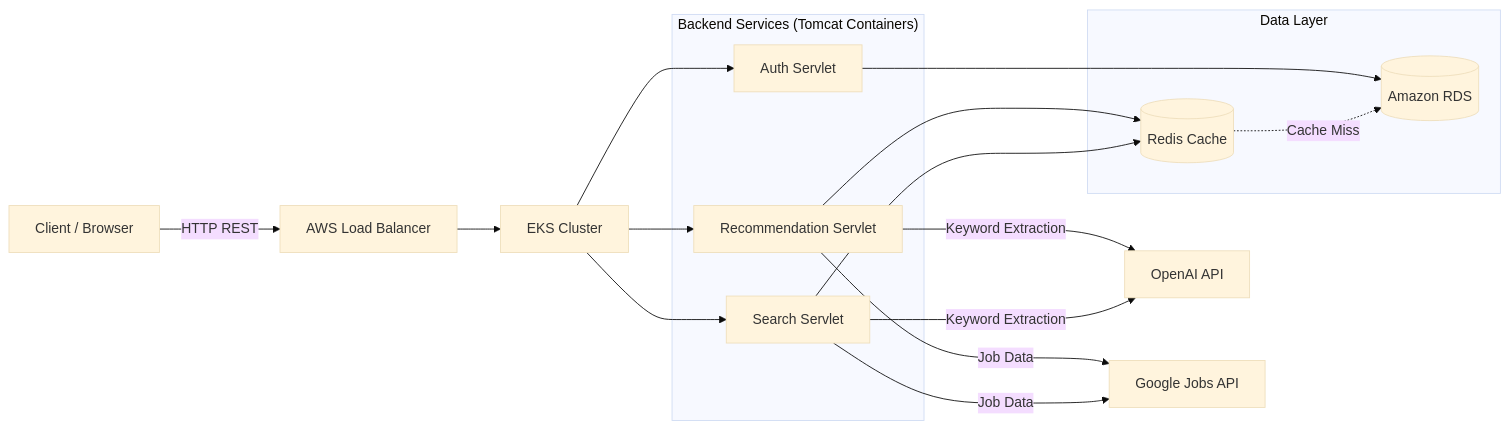
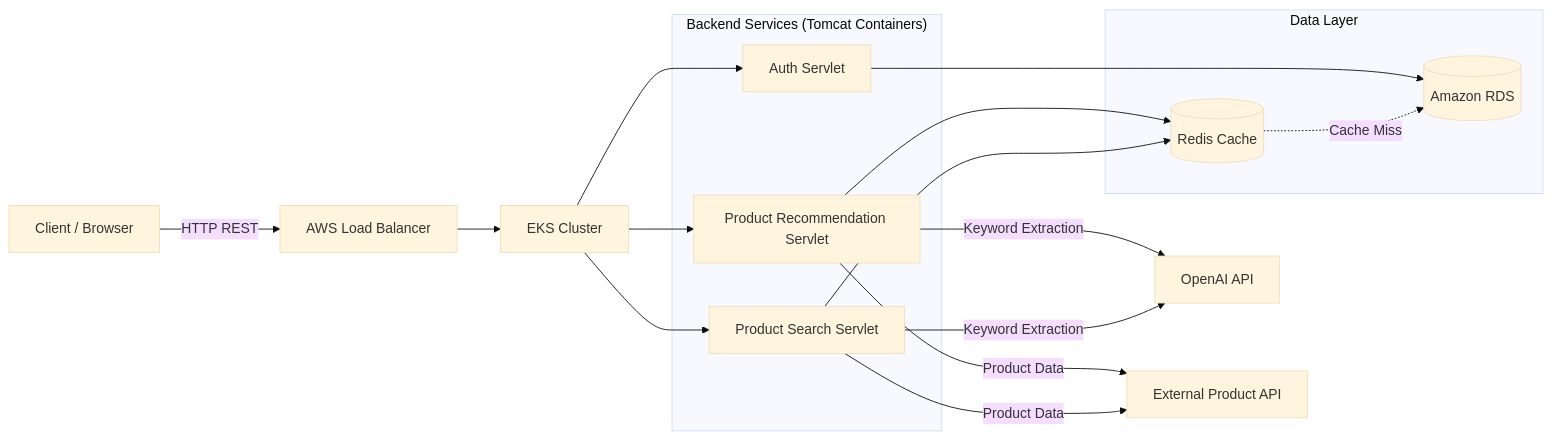
The diagram in README.md (yingzhuchen/Personalized-Software-Services-Sales-Recommendation-System-), drawn with Mermaid (base theme) before and after one commit. The commit also changed other lines of this file, not shown here.

Commit message:
Revise architecture overview and cleanup README
Updated architecture diagram and removed local installation instructions.

````diff
--- a/README.md
+++ b/README.md
@@ -23,25 +23,25 @@
 ```mermaid
 graph LR
-    Client[Client / Browser] -- HTTP REST --> ALB[AWS Load Balancer]
-    ALB --> EKS[EKS Cluster]
-    
-    subgraph "Backend Services (Tomcat Containers)"
-        Servlet1[Auth Servlet]
-        Servlet2[Recommendation Servlet]
-        Servlet3[Search Servlet]
-    end
-    
-    EKS --> Servlet1 & Servlet2 & Servlet3
-    
-    Servlet2 & Servlet3 -- Keyword Extraction --> OpenAI[OpenAI API]
-    Servlet2 & Servlet3 -- Job Data --> GJobs[Google Jobs API]
-    
-    subgraph "Data Layer"
-        Redis[(Redis Cache)]
-        MySQL[(Amazon RDS)]
-    end
-    
-    Servlet1 --> MySQL
-    Servlet2 & Servlet3 --> Redis
-    Redis -. Cache Miss .-> MySQL
+    Client[Client / Browser] -- HTTP REST --> ALB[AWS Load Balancer]
+    ALB --> EKS[EKS Cluster]
+    
+    subgraph "Backend Services (Tomcat Containers)"
+        Servlet1[Auth Servlet]
+        Servlet2[Product Recommendation Servlet]
+        Servlet3[Product Search Servlet]
+    end
+    
+    EKS --> Servlet1 & Servlet2 & Servlet3
+    
+    Servlet2 & Servlet3 -- Keyword Extraction --> OpenAI[OpenAI API]
+    Servlet2 & Servlet3 -- Product Data --> ExtAPI[External Product API]
+    
+    subgraph "Data Layer"
+        Redis[(Redis Cache)]
+        MySQL[(Amazon RDS)]
+    end
+    
+    Servlet1 --> MySQL
+    Servlet2 & Servlet3 --> Redis
+    Redis -. Cache Miss .-> MySQL
 ```
````
